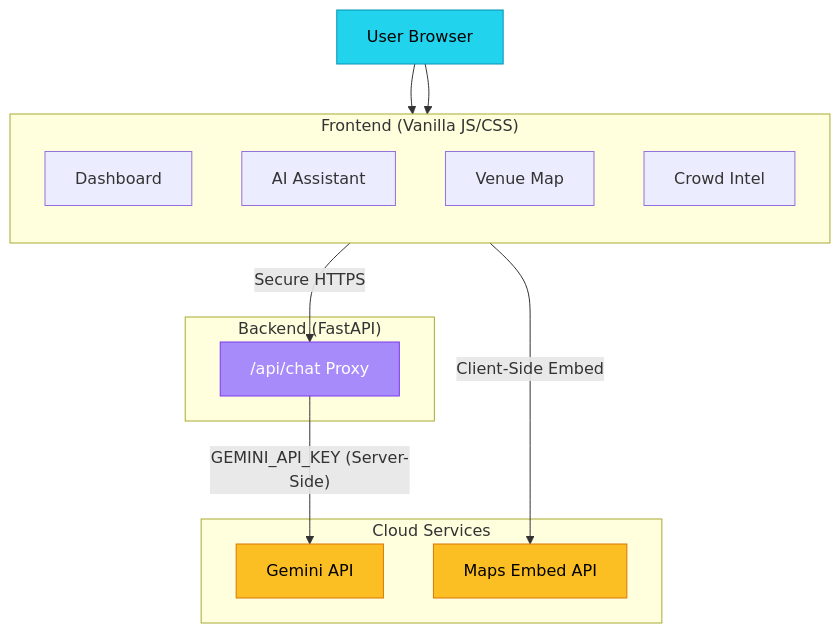
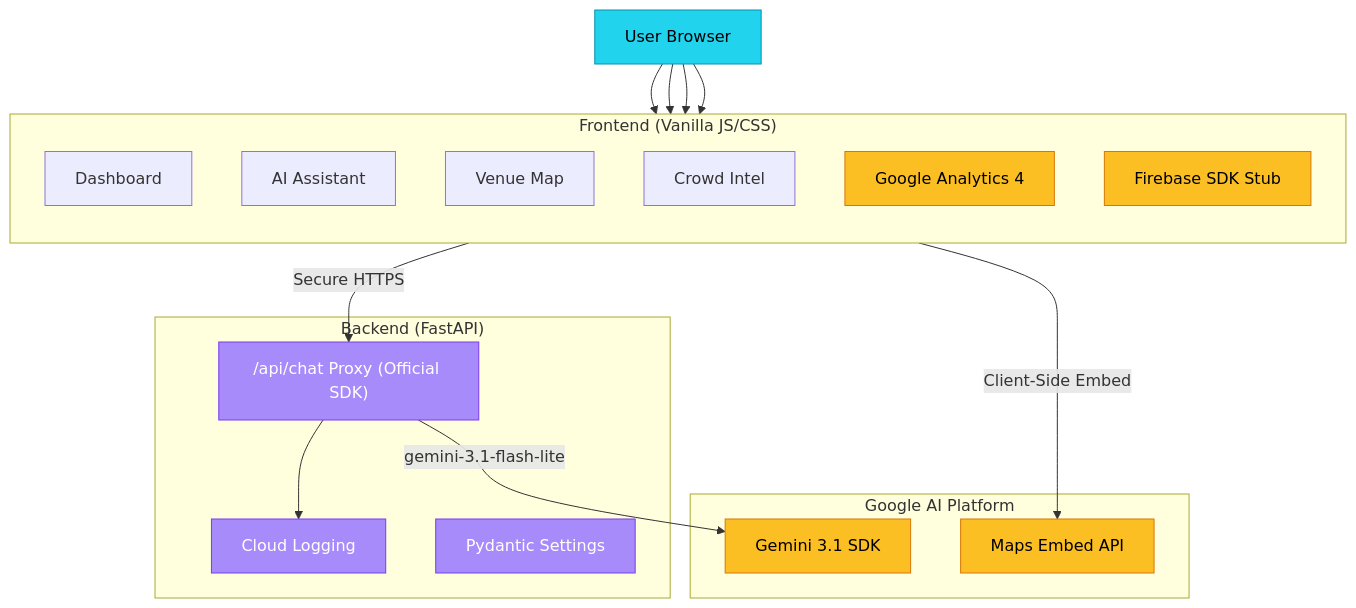
One commit to monkey9-Cyber-cat-Spidy/PromptWars changed the diagram in README.md. Above: the diagram before and after it, drawn with Mermaid. The commit also changed other lines of this file and 4 other files, not shown here.

````diff
--- a/README.md
+++ b/README.md
@@ -26,31 +28,38 @@
 ```mermaid
 graph TD
     classDef browser fill:#22d3ee,stroke:#0891b2,color:#000
     classDef server fill:#a78bfa,stroke:#7c3aed,color:#fff
     classDef google fill:#fbbf24,stroke:#d97706,color:#000
 
     U[User Browser]:::browser
     
     subgraph SPA ["Frontend (Vanilla JS/CSS)"]
         direction TB
         D[Dashboard]
         A[AI Assistant]
         M[Venue Map]
         C[Crowd Intel]
+        GTAG[Google Analytics 4]:::google
+        FIRE[Firebase SDK Stub]:::google
     end
 
     subgraph Proxy ["Backend (FastAPI)"]
-        F["/api/chat Proxy"]:::server
+        F["/api/chat Proxy (Official SDK)"]:::server
+        LOG["Cloud Logging"]:::server
+        PYD["Pydantic Settings"]:::server
     end
 
-    subgraph Google ["Cloud Services"]
-        G["Gemini API"]:::google
+    subgraph GoogleAI ["Google AI Platform"]
+        G["Gemini 3.1 SDK"]:::google
         GM["Maps Embed API"]:::google
     end
 
     U --> D
     U --> A
     A -- "Secure HTTPS" --> F
-    F -- "GEMINI_API_KEY (Server-Side)" --> G
+    F -- "gemini-3.1-flash-lite" --> G
     M -- "Client-Side Embed" --> GM
+    U --> GTAG
+    U --> FIRE
+    F --> LOG
 ```
````
